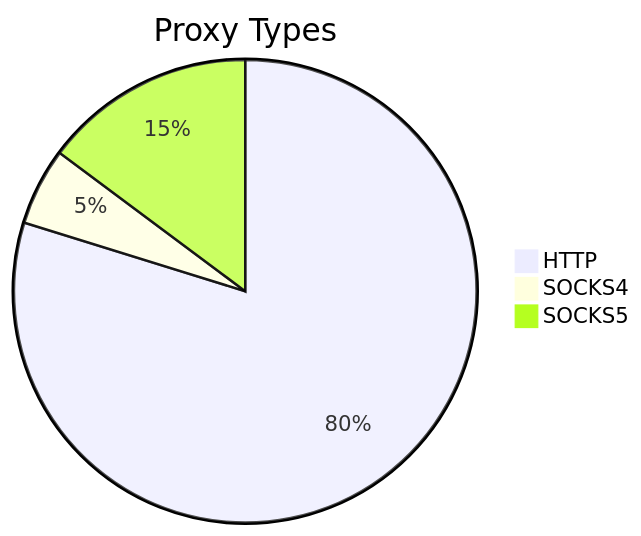
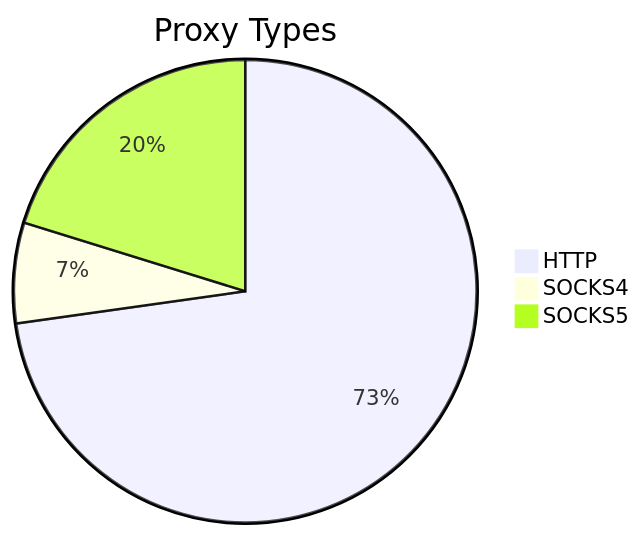
The first of 2 diagrams in README.md (stormsia/proxy-list), drawn with Mermaid before and after one commit. The commit also changed other lines of this file, not shown here.

````diff
--- a/README.md
+++ b/README.md
@@ -21,6 +21,6 @@
 ```mermaid
 pie title Proxy Types
-    "HTTP" : 458
-    "SOCKS4" : 31
-    "SOCKS5" : 85
+    "HTTP" : 342
+    "SOCKS4" : 33
+    "SOCKS5" : 95
 ```
````
